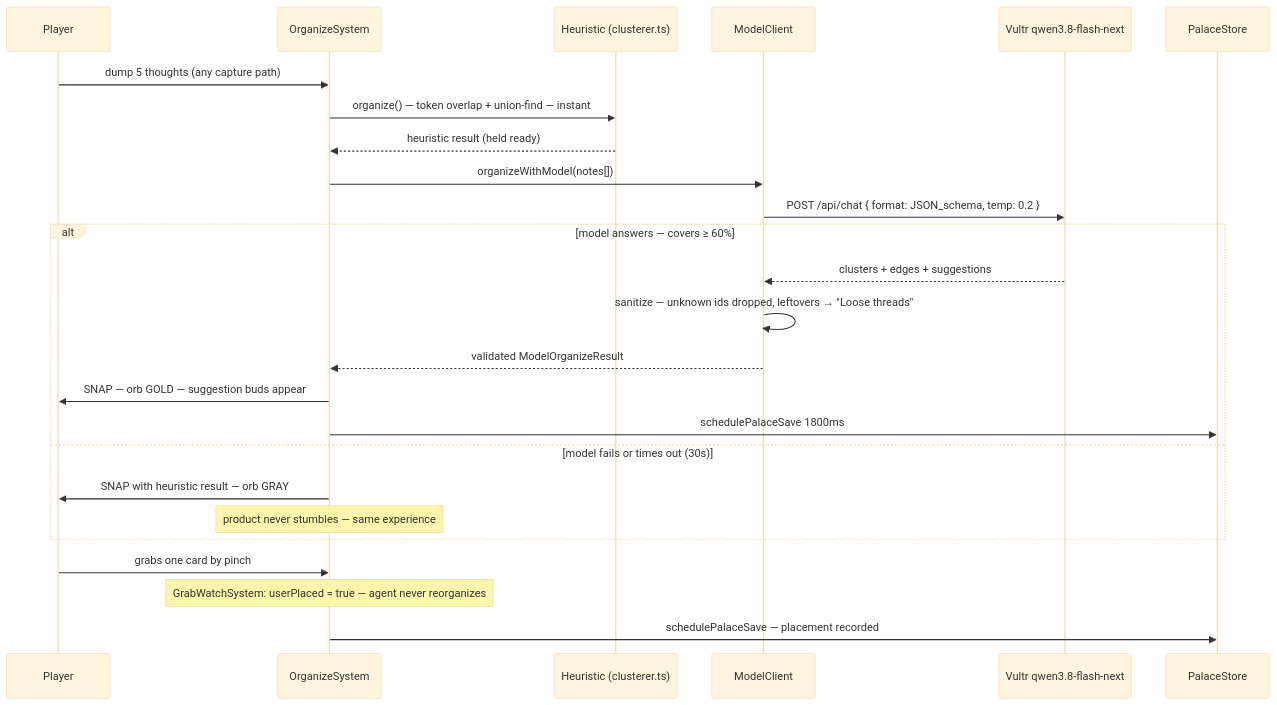
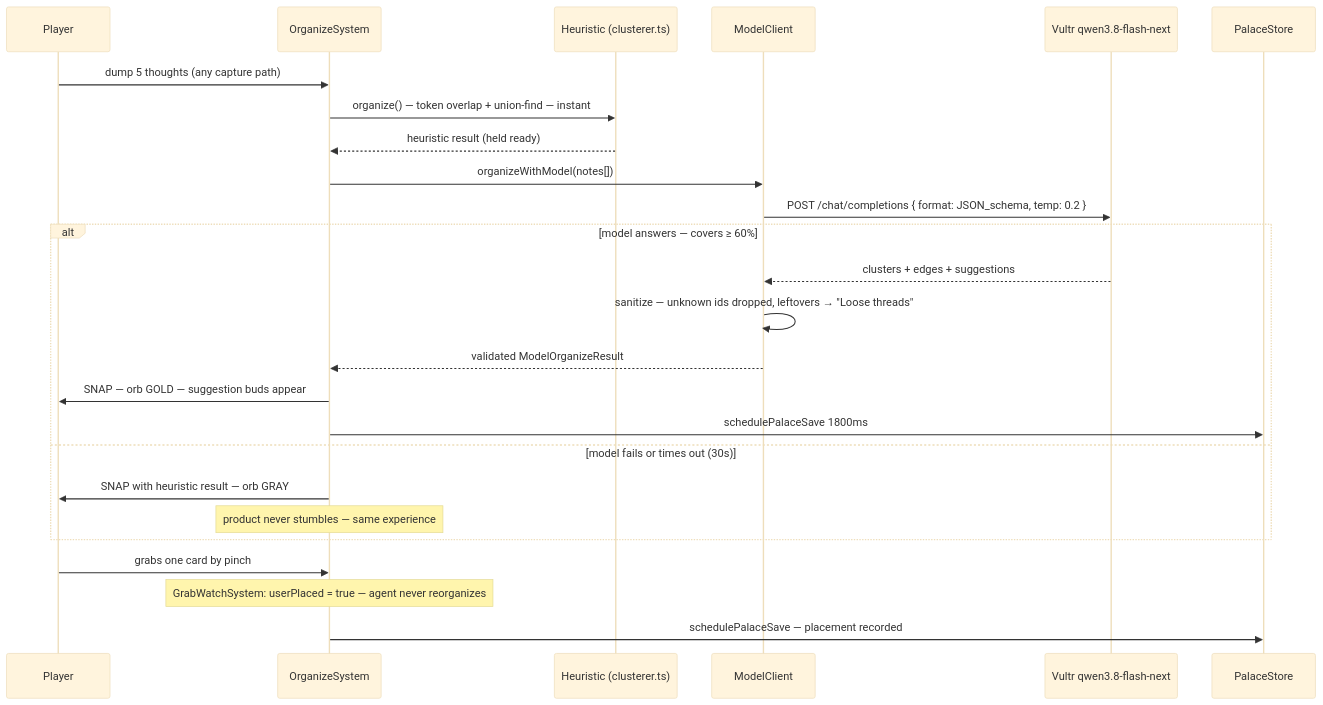
One commit to 0xv3nm09/loci-memory-bank changed the third of 10 diagrams in COMPETITION_STRATEGY.md. Above: the diagram before and after it, drawn with Mermaid (base theme). The commit also changed other lines of this file and 11 other files, not shown here.

````diff
--- a/COMPETITION_STRATEGY.md
+++ b/COMPETITION_STRATEGY.md
@@ -151,30 +151,30 @@
 ```mermaid
 sequenceDiagram
   participant P as Player
   participant OS as OrganizeSystem
   participant HB as Heuristic (clusterer.ts)
   participant MC as ModelClient
   participant OLL as Vultr qwen3.8-flash-next
   participant ST as PalaceStore
 
   P->>OS: dump 5 thoughts (any capture path)
   OS->>HB: organize() — token overlap + union-find — instant
   HB-->>OS: heuristic result (held ready)
   OS->>MC: organizeWithModel(notes[])
-  MC->>OLL: POST /api/chat { format: JSON_schema, temp: 0.2 }
+  MC->>OLL: POST /chat/completions { format: JSON_schema, temp: 0.2 }
 
   alt model answers — covers ≥ 60%
     OLL-->>MC: clusters + edges + suggestions
     MC->>MC: sanitize — unknown ids dropped, leftovers → "Loose threads"
     MC-->>OS: validated ModelOrganizeResult
     OS->>P: SNAP — orb GOLD — suggestion buds appear
     OS->>ST: schedulePalaceSave 1800ms
   else model fails or times out (30s)
     OS->>P: SNAP with heuristic result — orb GRAY
     Note over OS: product never stumbles — same experience
   end
 
   P->>OS: grabs one card by pinch
   Note over OS: GrabWatchSystem: userPlaced = true — agent never reorganizes
   OS->>ST: schedulePalaceSave — placement recorded
 ```
````
